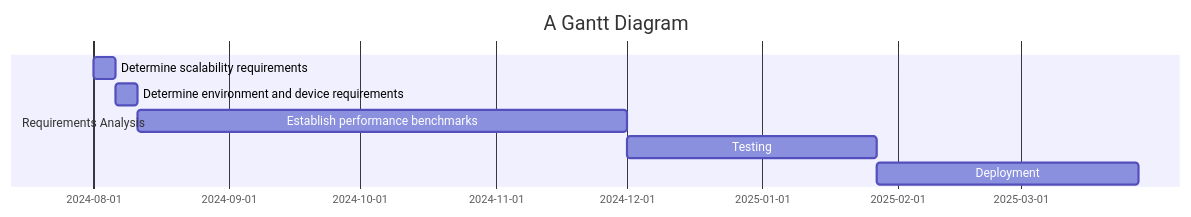
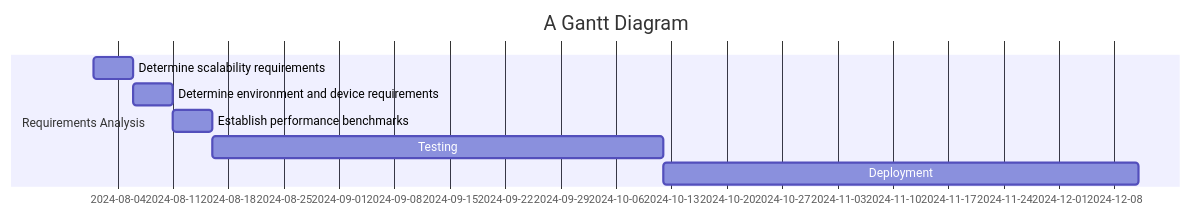
One commit to sayshelley/iodraw-files changed the diagram in all/Code Gantt Chart.md. Above: the diagram before and after it, drawn with Mermaid.

Commit message:
2024-10-04 22:31:16 update

````diff
--- a/all/Code Gantt Chart.md
+++ b/all/Code Gantt Chart.md
@@ -1,15 +1,15 @@
 ```mermaid
 gantt
     title A Gantt Diagram
     dateFormat  YYYY-MM-DD
     section Requirements Analysis
     Determine scalability requirements :a1, 2024-08-01, 5d
     Determine environment and device requirements :a2, after a1, 5d
-    Establish performance benchmarks: a3, after a2, 112d
+    Establish performance benchmarks: a3, after a2, 5d
     Testing: a4, after a3, 57d
     Deployment : a5, after a4, 60d
     
 
 
    
 ```
````
